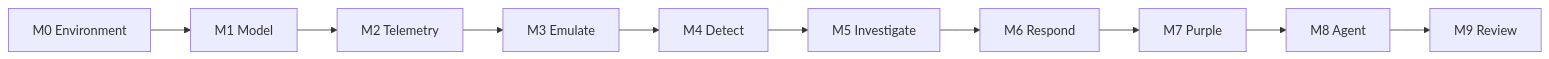
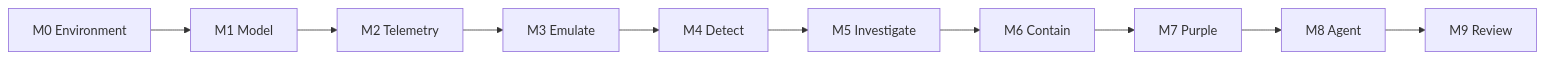
One commit to sanketn26/learn-security changed the diagram in docs/capstone/README.md. Above: the diagram before and after it, drawn with Mermaid. The commit also changed other lines of this file and 14 other files, not shown here.

````diff
--- a/docs/capstone/README.md
+++ b/docs/capstone/README.md
@@ -49,5 +32,5 @@
 ```mermaid
 flowchart LR
     M0["M0 Environment"] --> M1["M1 Model"] --> M2["M2 Telemetry"] --> M3["M3 Emulate"] --> M4["M4 Detect"]
-    M4 --> M5["M5 Investigate"] --> M6["M6 Respond"] --> M7["M7 Purple"] --> M8["M8 Agent"] --> M9["M9 Review"]
+    M4 --> M5["M5 Investigate"] --> M6["M6 Contain"] --> M7["M7 Purple"] --> M8["M8 Agent"] --> M9["M9 Review"]
 ```
````
